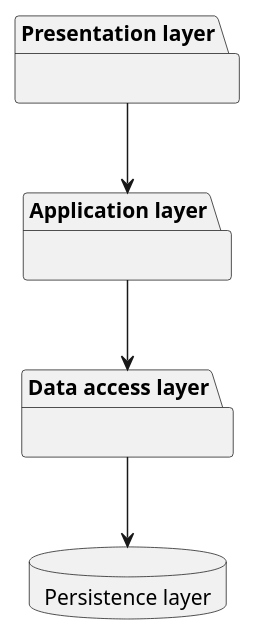
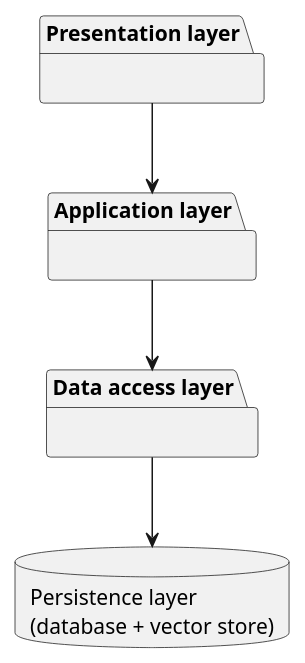
The diagram in sections/03-design/assets/layered-diagram.puml (unibo-dtm-se-2526-PRONTO/report), drawn with PlantUML before and after one commit. The commit also changed other lines of this file and 14 other files, not shown here.

```diff
--- a/sections/03-design/assets/layered-diagram.puml
+++ b/sections/03-design/assets/layered-diagram.puml
@@ -1,15 +1,15 @@
 @startuml layered-diagram 
 
 package "Presentation layer" {
 }
 package "Application layer" {
 }
 package "Data access layer" {
 }
-database "Persistence layer" {
+database "Persistence layer\n(database + vector store)" as persistence {
 }
 
 "Presentation layer" --> "Application layer" 
 "Application layer" --> "Data access layer" 
-"Data access layer" --> "Persistence layer"
+"Data access layer" --> persistence
 @enduml
```
